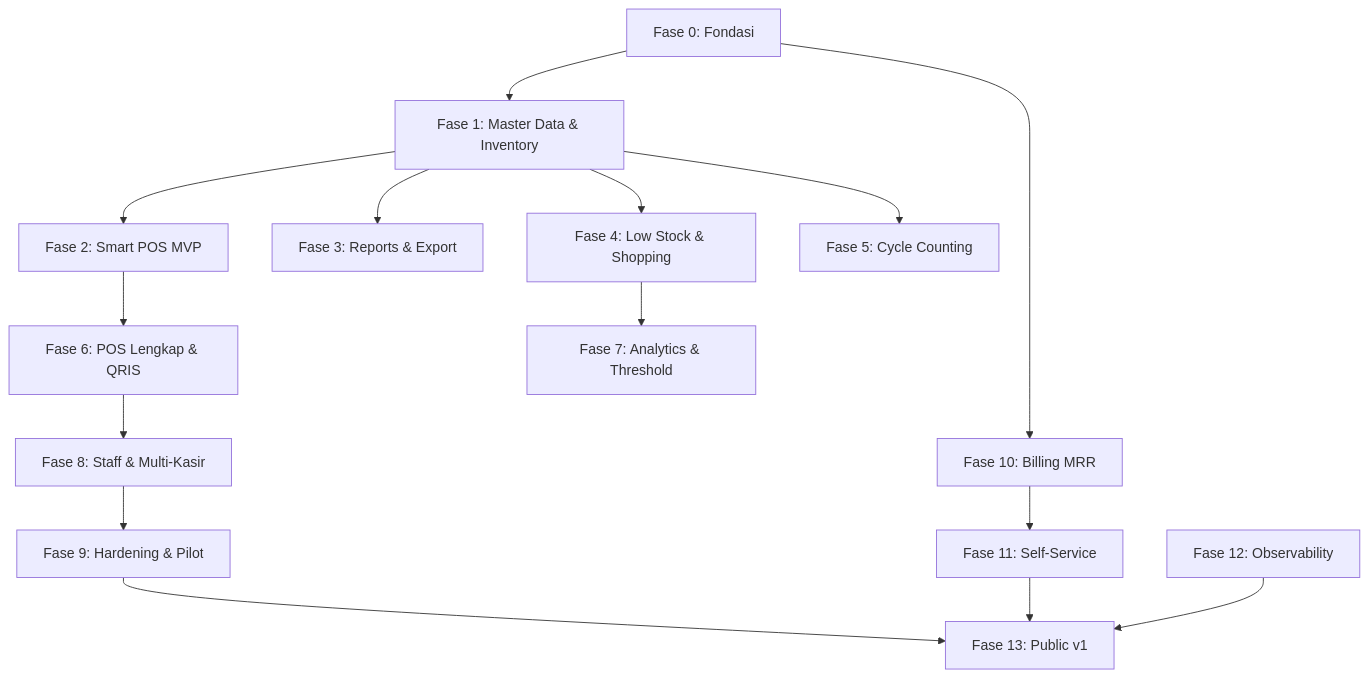
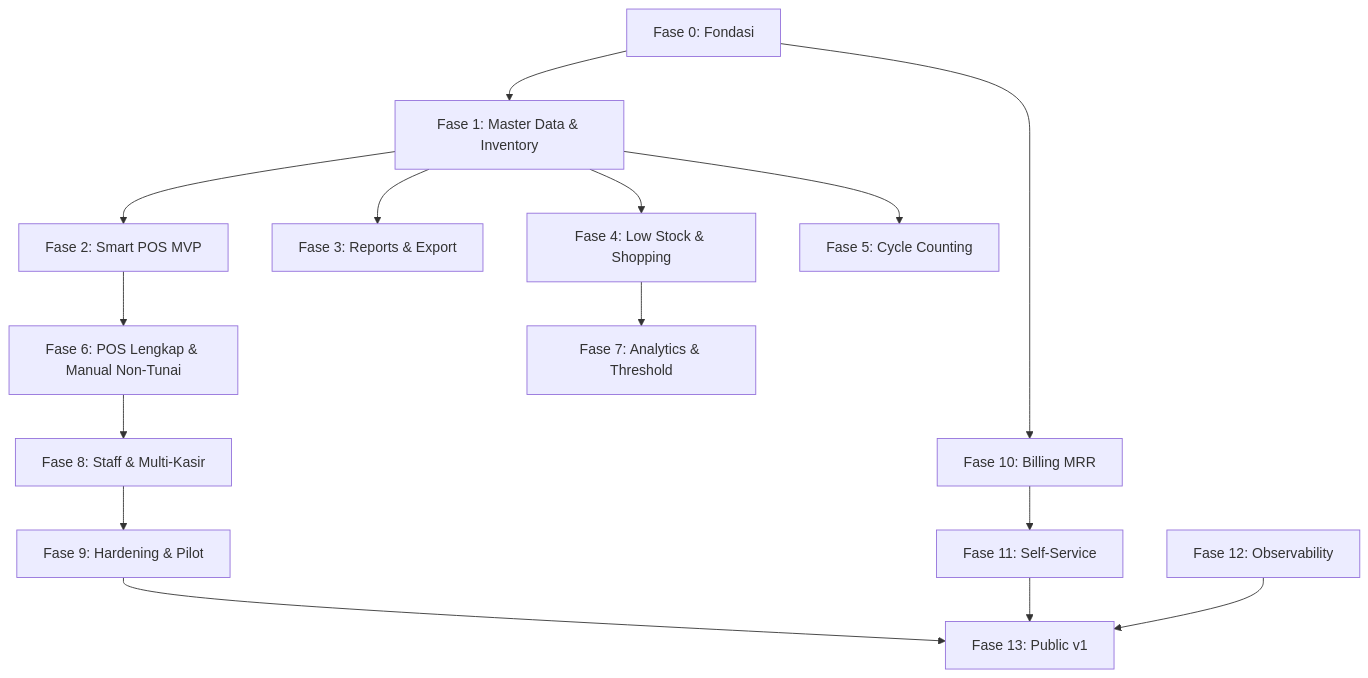
Before and after one commit to aulaHamidin/InventoryPos-Laravel12: the diagram in saas-contract-final-v1/implementation_plan.md, drawn with Mermaid. The commit also changed other lines of this file and 70 other files, not shown here.

Commit message:
Complete-phase-6-manual-POS-payments

````diff
--- a/saas-contract-final-v1/implementation_plan.md
+++ b/saas-contract-final-v1/implementation_plan.md
@@ -24,32 +24,32 @@
 ```mermaid
 graph TD
     F0["Fase 0: Fondasi"]
     F1["Fase 1: Master Data & Inventory"]
     F2["Fase 2: Smart POS MVP"]
     F3["Fase 3: Reports & Export"]
     F4["Fase 4: Low Stock & Shopping"]
     F5["Fase 5: Cycle Counting"]
-    F6["Fase 6: POS Lengkap & QRIS"]
+    F6["Fase 6: POS Lengkap & Manual Non-Tunai"]
     F7["Fase 7: Analytics & Threshold"]
     F8["Fase 8: Staff & Multi-Kasir"]
     F9["Fase 9: Hardening & Pilot"]
     F10["Fase 10: Billing MRR"]
     F11["Fase 11: Self-Service"]
     F12["Fase 12: Observability"]
     F13["Fase 13: Public v1"]
 
     F0 --> F1
     F1 --> F2
     F1 --> F3
     F1 --> F4
     F1 --> F5
     F2 --> F6
     F4 --> F7
     F6 --> F8
     F8 --> F9
     F0 --> F10
     F10 --> F11
     F9 --> F13
     F11 --> F13
     F12 --> F13
 ```
````
